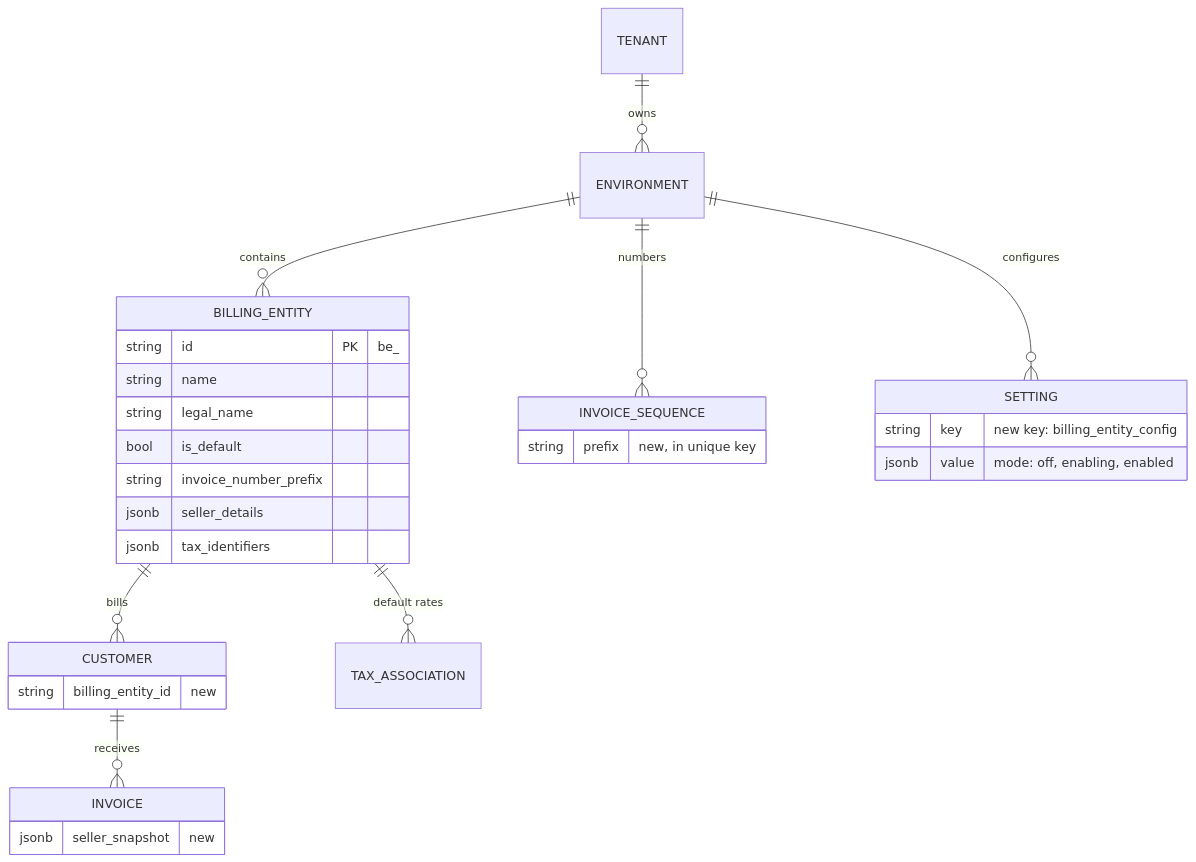
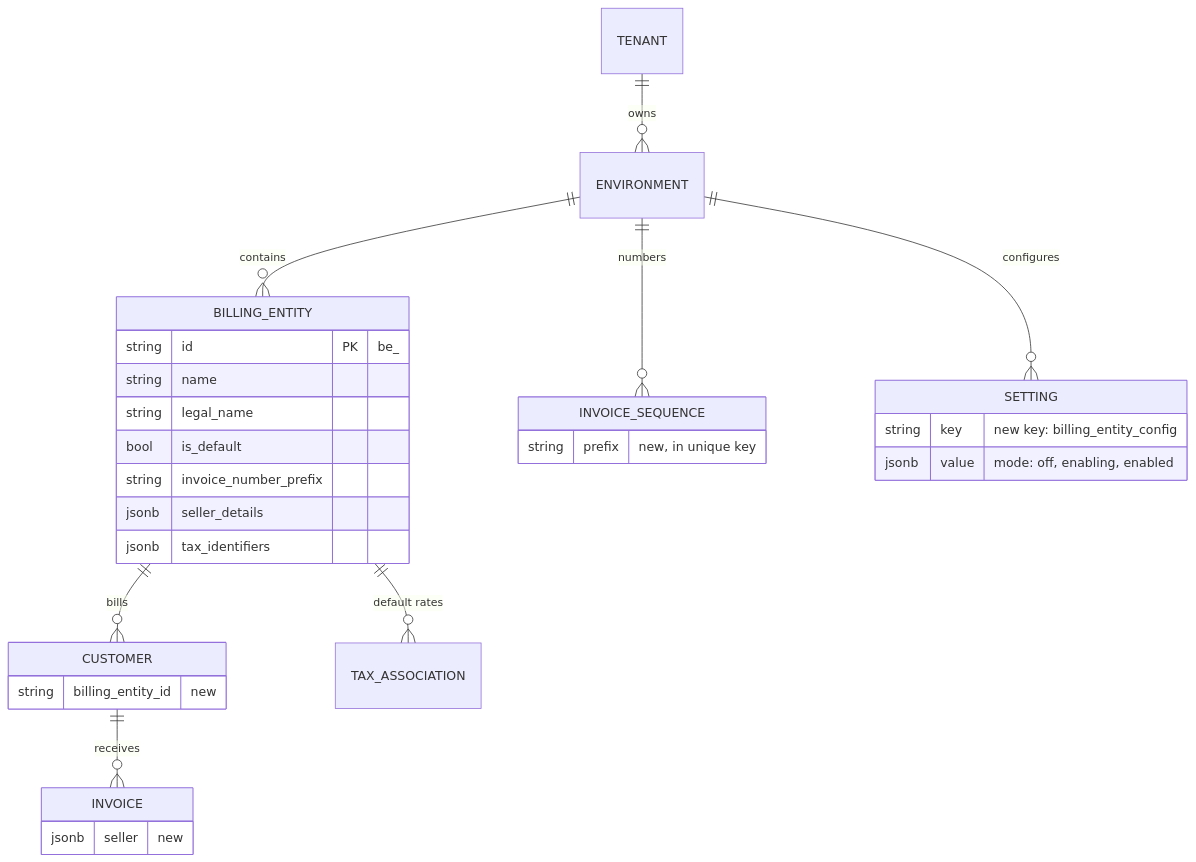
One commit to flexprice/flexprice changed the second of 6 diagrams in docs/design/2026-10-27-billing-entities-p1-erd.md. Above: the diagram before and after it, drawn with Mermaid. The commit also changed other lines of this file and 26 other files, not shown here.

````diff
--- a/docs/design/2026-10-27-billing-entities-p1-erd.md
+++ b/docs/design/2026-10-27-billing-entities-p1-erd.md
@@ -226,32 +226,32 @@
 ```mermaid
 erDiagram
   TENANT ||--o{ ENVIRONMENT : owns
   ENVIRONMENT ||--o{ BILLING_ENTITY : contains
   BILLING_ENTITY ||--o{ CUSTOMER : bills
   BILLING_ENTITY ||--o{ TAX_ASSOCIATION : "default rates"
   CUSTOMER ||--o{ INVOICE : receives
   ENVIRONMENT ||--o{ INVOICE_SEQUENCE : numbers
   ENVIRONMENT ||--o{ SETTING : configures
   SETTING {
     string key "new key: billing_entity_config"
     jsonb value "mode: off, enabling, enabled"
   }
   BILLING_ENTITY {
     string id PK "be_"
     string name
     string legal_name
     bool is_default
     string invoice_number_prefix
     jsonb seller_details
     jsonb tax_identifiers
   }
   CUSTOMER {
     string billing_entity_id "new"
   }
   INVOICE {
-    jsonb seller_snapshot "new"
+    jsonb seller "new"
   }
   INVOICE_SEQUENCE {
     string prefix "new, in unique key"
   }
 ```
````
